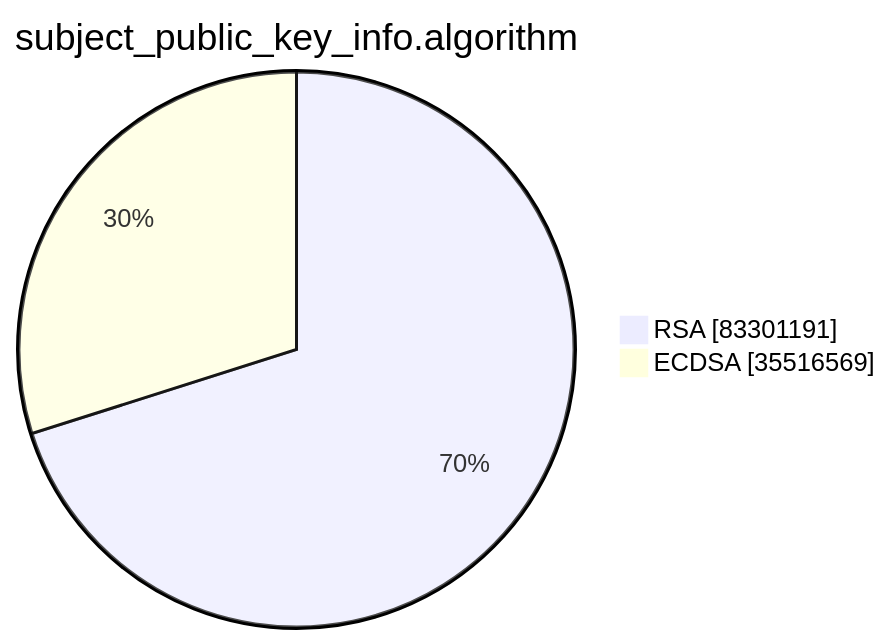
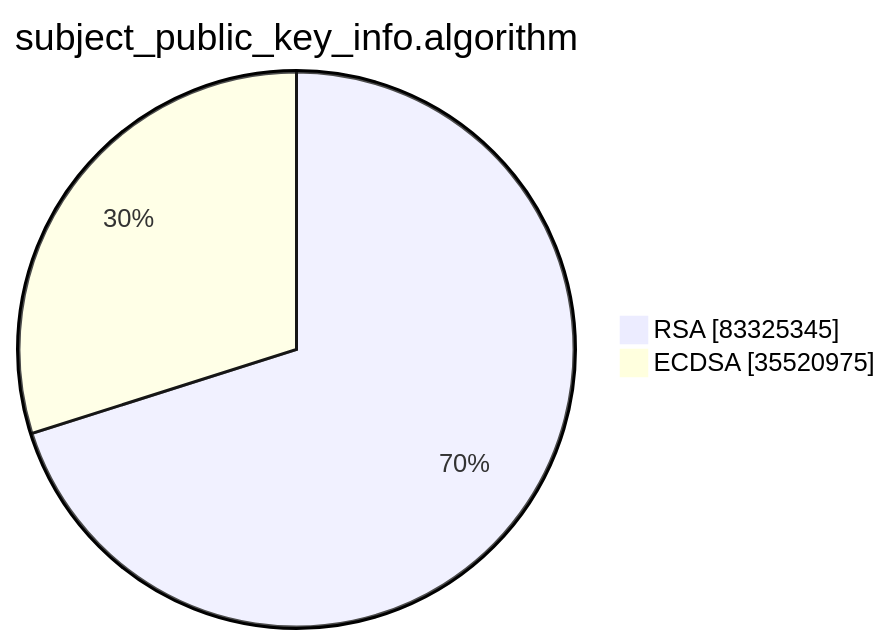
One commit to christiankrug/ctmonitor_visualization changed the second of 15 diagrams in argon2023/README.md. Above: the diagram before and after it, drawn with Mermaid. The commit also changed other lines of this file, not shown here.

````diff
--- a/argon2023/README.md
+++ b/argon2023/README.md
@@ -6,6 +6,6 @@
 ```mermaid
 pie showData
 title subject_public_key_info.algorithm
-"RSA" :83301191
-"ECDSA" :35516569
+"RSA" :83325345
+"ECDSA" :35520975
 ```
````
